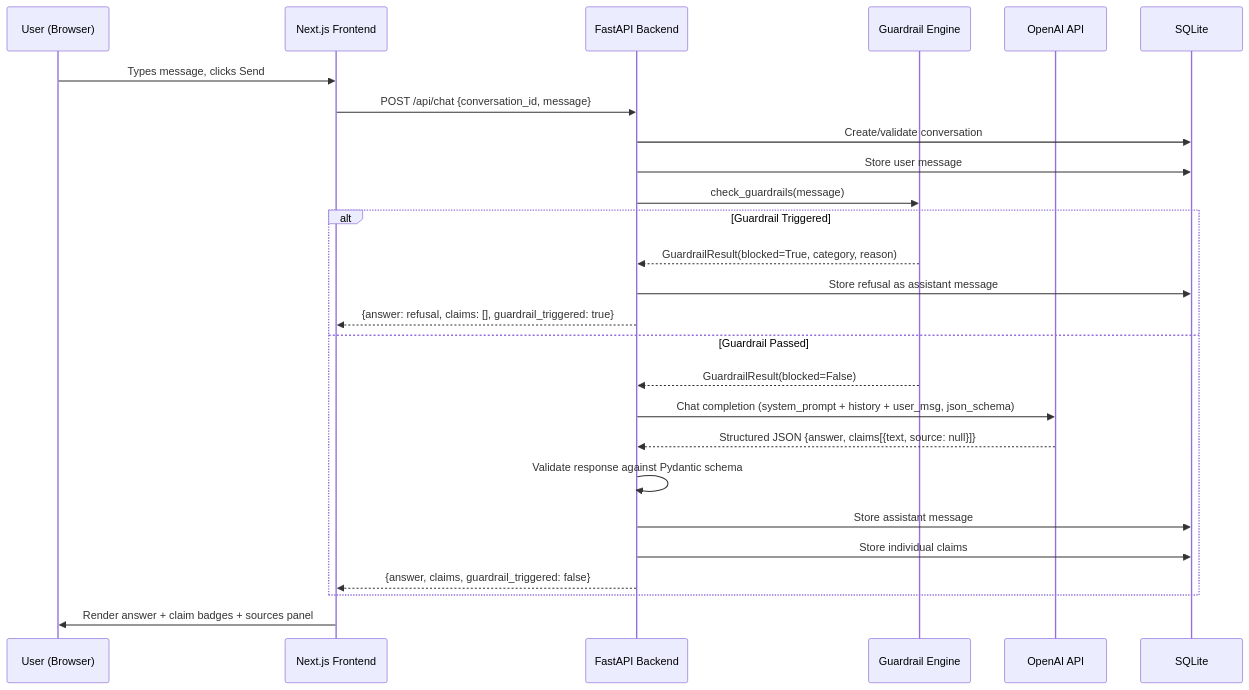
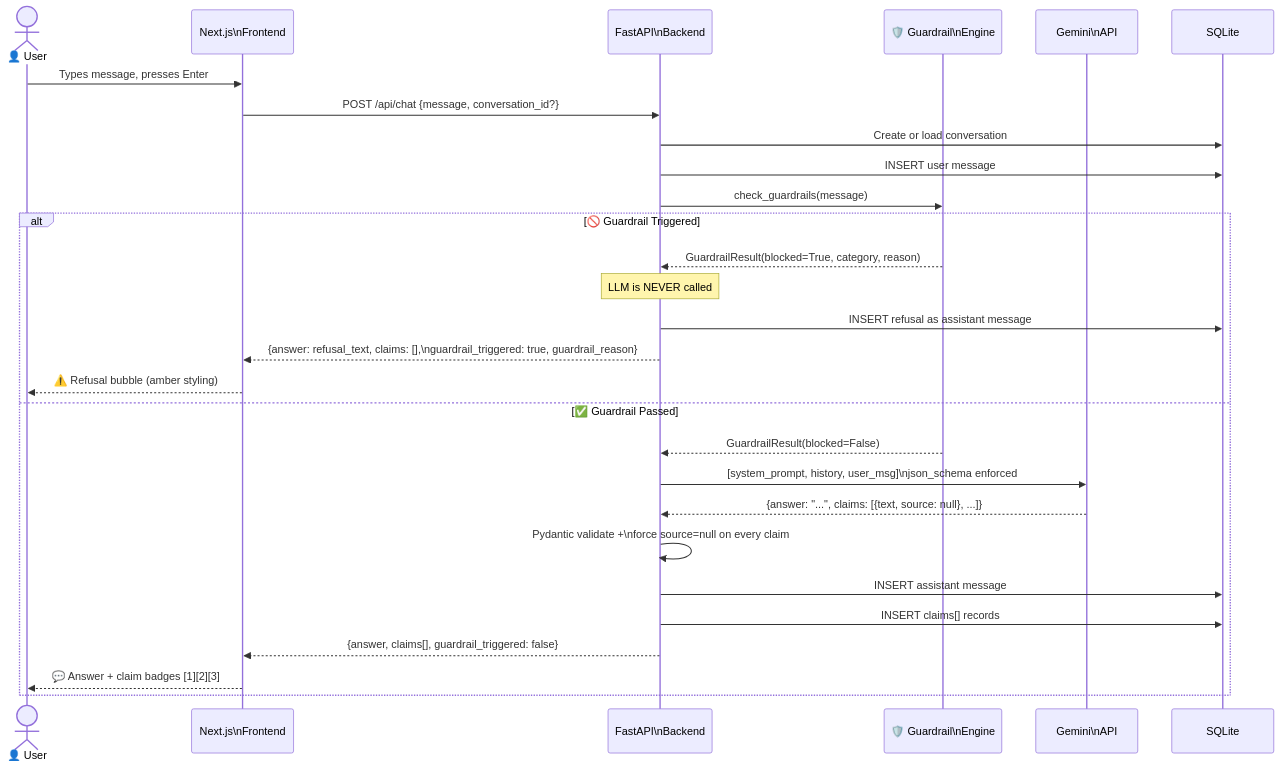
Before and after one commit to TheAlphaBA/Nutrition-app: the fourth of 6 diagrams in docs/architecture.md, drawn with Mermaid. The commit also changed other lines of this file and 6 other files, not shown here.

First line of the commit message:
docs: upgrade all markdown files with rich Mermaid diagrams for better understanding

````diff
--- a/docs/architecture.md
+++ b/docs/architecture.md
@@ -442,31 +472,32 @@
 ```mermaid
 sequenceDiagram
-    participant U as User (Browser)
-    participant FE as Next.js Frontend
-    participant BE as FastAPI Backend
-    participant GR as Guardrail Engine
-    participant LLM as OpenAI API
+    actor User as 👤 User
+    participant FE as Next.js\nFrontend
+    participant BE as FastAPI\nBackend
+    participant GR as 🛡️ Guardrail\nEngine
+    participant LLM as Gemini\nAPI
     participant DB as SQLite
 
-    U->>FE: Types message, clicks Send
-    FE->>BE: POST /api/chat {conversation_id, message}
-    BE->>DB: Create/validate conversation
-    BE->>DB: Store user message
+    User->>FE: Types message, presses Enter
+    FE->>BE: POST /api/chat {message, conversation_id?}
+    BE->>DB: Create or load conversation
+    BE->>DB: INSERT user message
     BE->>GR: check_guardrails(message)
 
-    alt Guardrail Triggered
+    alt 🚫 Guardrail Triggered
         GR-->>BE: GuardrailResult(blocked=True, category, reason)
-        BE->>DB: Store refusal as assistant message
-        BE-->>FE: {answer: refusal, claims: [], guardrail_triggered: true}
-    else Guardrail Passed
+        Note over BE: LLM is NEVER called
+        BE->>DB: INSERT refusal as assistant message
+        BE-->>FE: {answer: refusal_text, claims: [],\nguardrail_triggered: true, guardrail_reason}
+        FE-->>User: ⚠️ Refusal bubble (amber styling)
+    else ✅ Guardrail Passed
         GR-->>BE: GuardrailResult(blocked=False)
-        BE->>LLM: Chat completion (system_prompt + history + user_msg, json_schema)
-        LLM-->>BE: Structured JSON {answer, claims[{text, source: null}]}
-        BE->>BE: Validate response against Pydantic schema
-        BE->>DB: Store assistant message
-        BE->>DB: Store individual claims
-        BE-->>FE: {answer, claims, guardrail_triggered: false}
+        BE->>LLM: [system_prompt, history, user_msg]\njson_schema enforced
+        LLM-->>BE: {answer: "...", claims: [{text, source: null}, ...]}
+        BE->>BE: Pydantic validate +\nforce source=null on every claim
+        BE->>DB: INSERT assistant message
+        BE->>DB: INSERT claims[] records
+        BE-->>FE: {answer, claims[], guardrail_triggered: false}
+        FE-->>User: 💬 Answer + claim badges [1][2][3]
     end
-
-    FE->>U: Render answer + claim badges + sources panel
 ```
````
